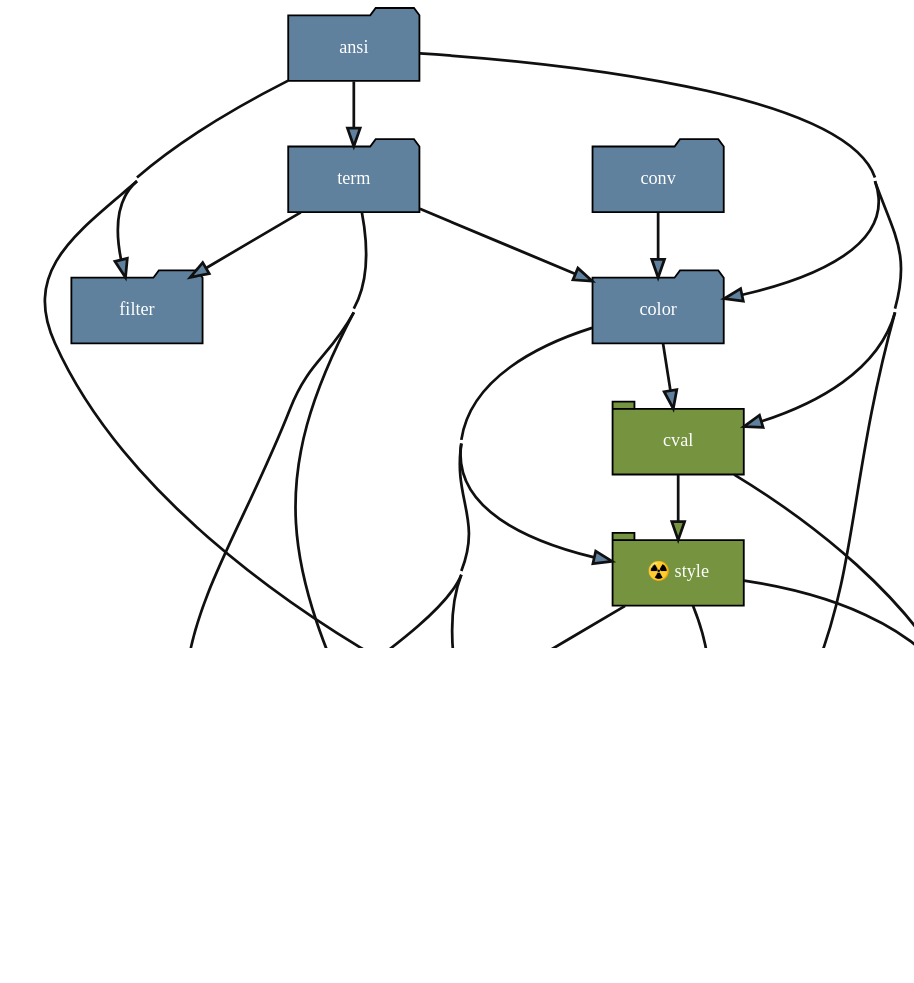
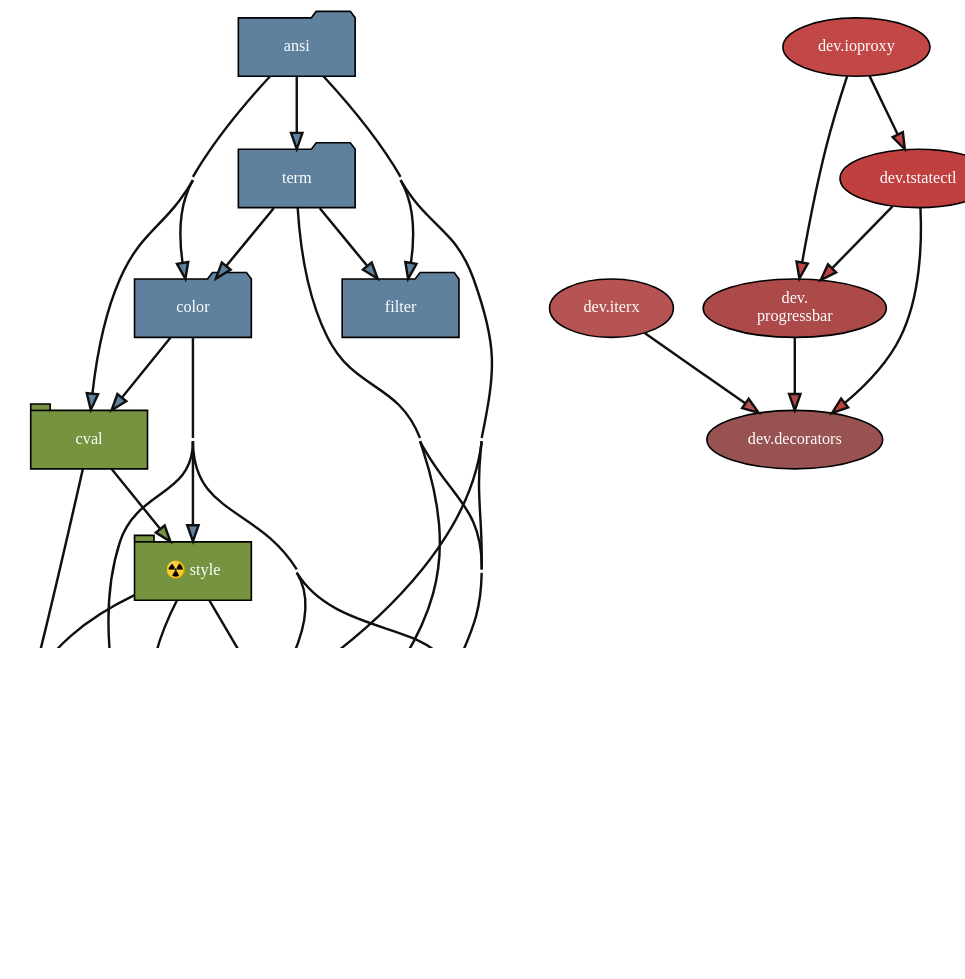
The diagram in docs/_generated/module-pdf.dot (delameter/pytermor), drawn with Graphviz before and after one commit. The commit also changed 53 other files, not shown here.

```diff
--- a/docs/_generated/module-pdf.dot
+++ b/docs/_generated/module-pdf.dot
@@ -1,59 +1,69 @@
 
 digraph G {
     dpi = 150;
     concentrate = true;
     rankdir = TB;
     #TBbalance = min;
     ratio=fill;
     size="3";
 
     node [
         style="filled",
         fontname="Literal Bold",
         margin="0.2,0.0",
         fontsize=10,
         width=1.0,
         height=.5,
     ];
     edge [
         color="#101010",
         penwidth=1.5,
     ];
 
     pytermor_ansi [shape="folder",group="low",fillcolor="#5f819d",fontcolor="#ffffff",label="ansi"];
     pytermor_color [shape="folder",group="low",fillcolor="#5f819d",fontcolor="#ffffff",label="color"];
-    pytermor_conv [shape="folder",group="low",fillcolor="#5f819d",fontcolor="#ffffff",label="conv"];
     pytermor_cval [shape="tab",fillcolor="#769440",fontcolor="#ffffff",label="cval"];
+    pytermor_dev_decorators [fillcolor="#995252",fontcolor="#ffffff",label="dev.decorators"];
+    pytermor_dev_ioproxy [fillcolor="#c24747",fontcolor="#ffffff",label="dev.ioproxy"];
+    pytermor_dev_iterx [fillcolor="#b65353",fontcolor="#ffffff",label="dev.iterx"];
+    pytermor_dev_progressbar [fillcolor="#ac4949",fontcolor="#ffffff",label="dev\.\nprogressbar"];
+    pytermor_dev_tstatectl [fillcolor="#c04040",fontcolor="#ffffff",label="dev.tstatectl"];
     pytermor_filter [shape="folder",group="low",fillcolor="#5f819d",fontcolor="#ffffff",label="filter"];
     pytermor_numfmt [shape="tab",fillcolor="#769440",fontcolor="#ffffff",label="numfmt"];
     pytermor_renderer [shape="tab",fillcolor="#769440",fontcolor="#ffffff",label="☢️ renderer"];
     pytermor_style [shape="tab",fillcolor="#769440",fontcolor="#ffffff",label="☢️ style"];
     pytermor_template [shape="tab",fillcolor="#769440",fontcolor="#ffffff",label="template"];
     pytermor_term [shape="folder",group="low",fillcolor="#5f819d",fontcolor="#ffffff",label="term"];
     pytermor_text [shape="tab",fillcolor="#769440",fontcolor="#ffffff",label="☢️ text"];
     pytermor_ansi -> pytermor_color [fillcolor="#5f819d"];
     pytermor_ansi -> pytermor_cval [fillcolor="#5f819d"];
     pytermor_ansi -> pytermor_filter [fillcolor="#5f819d"];
     pytermor_ansi -> pytermor_renderer [fillcolor="#5f819d"];
     pytermor_ansi -> pytermor_template [fillcolor="#5f819d"];
     pytermor_ansi -> pytermor_term [fillcolor="#5f819d"];
     pytermor_color -> pytermor_cval [fillcolor="#5f819d"];
     pytermor_color -> pytermor_renderer [fillcolor="#5f819d"];
     pytermor_color -> pytermor_style [fillcolor="#5f819d"];
     pytermor_color -> pytermor_template [fillcolor="#5f819d"];
-    pytermor_conv -> pytermor_color [fillcolor="#5f819d"];
+    pytermor_color -> pytermor_text [fillcolor="#5f819d"];
     pytermor_cval -> pytermor_numfmt [fillcolor="#769440"];
     pytermor_cval -> pytermor_style [fillcolor="#769440"];
+    pytermor_dev_ioproxy -> pytermor_dev_progressbar [fillcolor="#c24747",weight="2"];
+    pytermor_dev_ioproxy -> pytermor_dev_tstatectl [fillcolor="#c24747",weight="2"];
+    pytermor_dev_iterx -> pytermor_dev_decorators [fillcolor="#b65353",weight="2"];
+    pytermor_dev_progressbar -> pytermor_dev_decorators [fillcolor="#ac4949",weight="2"];
+    pytermor_dev_tstatectl -> pytermor_dev_decorators [fillcolor="#c04040",weight="2"];
+    pytermor_dev_tstatectl -> pytermor_dev_progressbar [fillcolor="#c04040",weight="2"];
     pytermor_renderer -> pytermor_template [fillcolor="#769440"];
     pytermor_renderer -> pytermor_text [fillcolor="#769440"];
     pytermor_style -> pytermor_numfmt [fillcolor="#769440"];
     pytermor_style -> pytermor_renderer [fillcolor="#769440"];
     pytermor_style -> pytermor_template [fillcolor="#769440"];
     pytermor_style -> pytermor_text [fillcolor="#769440"];
     pytermor_term -> pytermor_color [fillcolor="#5f819d"];
     pytermor_term -> pytermor_filter [fillcolor="#5f819d"];
     pytermor_term -> pytermor_template [fillcolor="#5f819d"];
     pytermor_term -> pytermor_text [fillcolor="#5f819d"];
     pytermor_text -> pytermor_numfmt [fillcolor="#769440"];
     pytermor_text -> pytermor_template [fillcolor="#769440"];
 }
```
